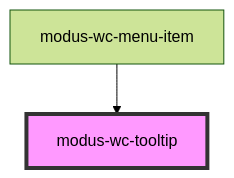
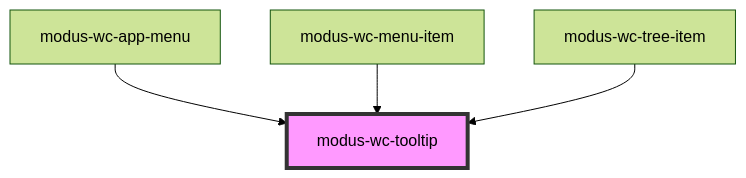
The diagram in src/components/modus-wc-tooltip/readme.md (trimble-oss/modus-wc-2.0), drawn with Mermaid (forest theme) before and after one commit. The commit also changed other lines of this file and 16 other files, not shown here.

````diff
--- a/src/components/modus-wc-tooltip/readme.md
+++ b/src/components/modus-wc-tooltip/readme.md
@@ -41,5 +46,7 @@
 ```mermaid
 graph TD;
+  modus-wc-app-menu --> modus-wc-tooltip
   modus-wc-menu-item --> modus-wc-tooltip
+  modus-wc-tree-item --> modus-wc-tooltip
   style modus-wc-tooltip fill:#f9f,stroke:#333,stroke-width:4px
 ```
````
